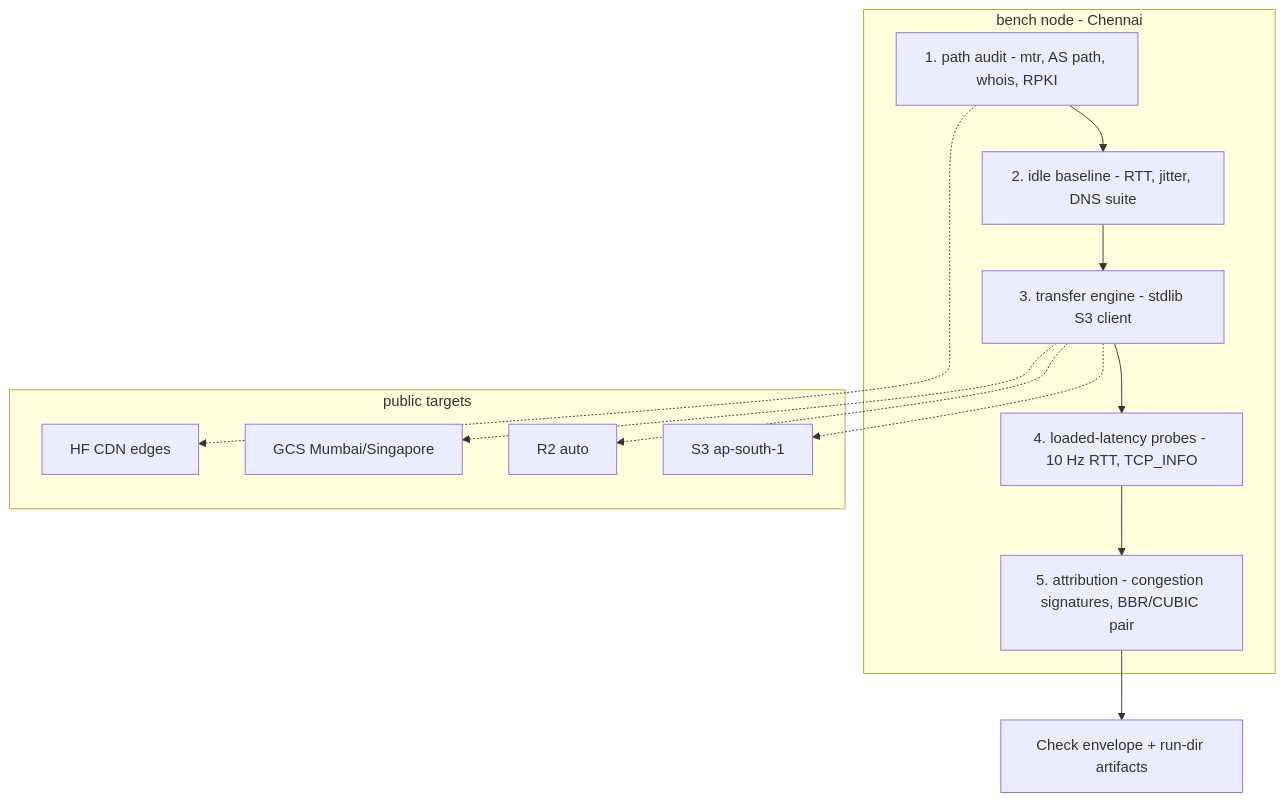
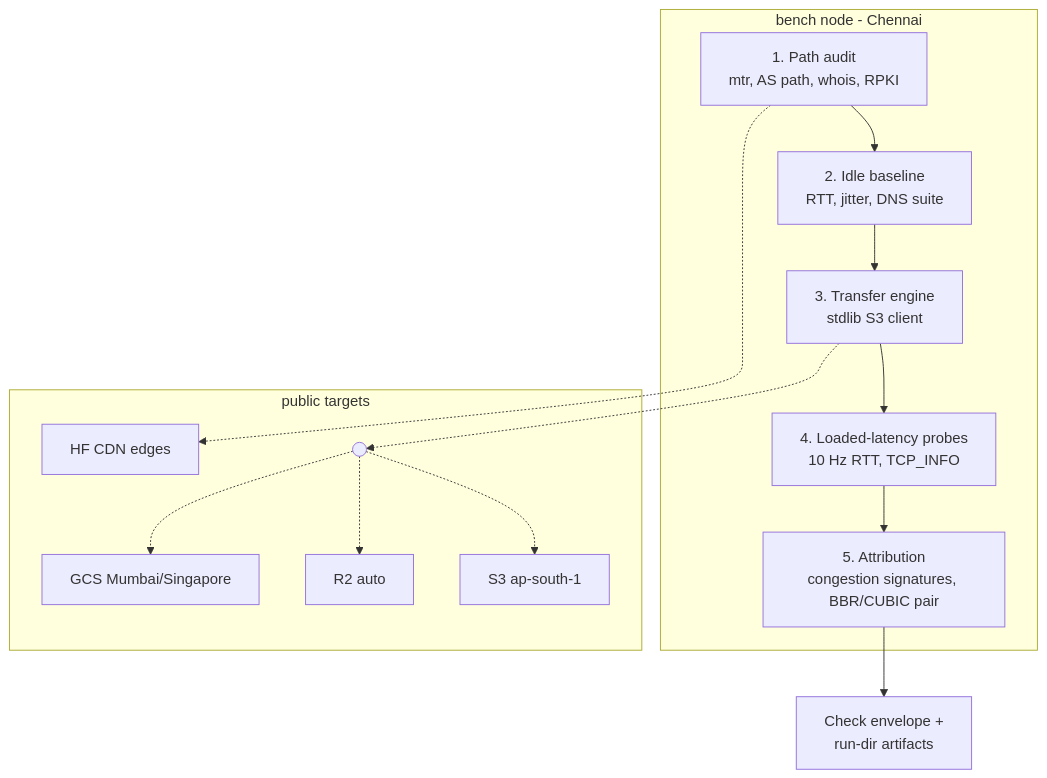
The first of 3 diagrams in docs/customer/internet-bench.md (aviralmansingka/rack-bench), drawn with Mermaid before and after one commit. The commit also changed other lines of this file and 6 other files, not shown here.

First line of the commit message:
docs(customer): redo mermaid diagrams to family style

````diff
--- a/docs/customer/internet-bench.md
+++ b/docs/customer/internet-bench.md
@@ -27,22 +27,24 @@
 ```mermaid
-flowchart TB
+flowchart TD
   subgraph host["bench node - Chennai"]
-    P["1. path audit - mtr, AS path, whois, RPKI"]
-    B["2. idle baseline - RTT, jitter, DNS suite"]
-    E["3. transfer engine - stdlib S3 client"]
-    L["4. loaded-latency probes - 10 Hz RTT, TCP_INFO"]
-    T["5. attribution - congestion signatures, BBR/CUBIC pair"]
+    P["1. Path audit<br/>mtr, AS path, whois, RPKI"]
+    B["2. Idle baseline<br/>RTT, jitter, DNS suite"]
+    E["3. Transfer engine<br/>stdlib S3 client"]
+    L["4. Loaded-latency probes<br/>10 Hz RTT, TCP_INFO"]
+    T["5. Attribution<br/>congestion signatures, BBR/CUBIC pair"]
+    P --> B --> E --> L --> T
   end
   subgraph tgt["public targets"]
+    J((" "))
     S3["S3 ap-south-1"]
     R2["R2 auto"]
     GC["GCS Mumbai/Singapore"]
     HFC["HF CDN edges"]
   end
-  P --> B --> E --> L --> T
-  E -.-> S3
-  E -.-> R2
-  E -.-> GC
+  E -.-> J
+  J -.-> S3
+  J -.-> R2
+  J -.-> GC
   P -.-> HFC
-  T --> R["Check envelope + run-dir artifacts"]
+  T --> R["Check envelope +<br/>run-dir artifacts"]
 ```
````
